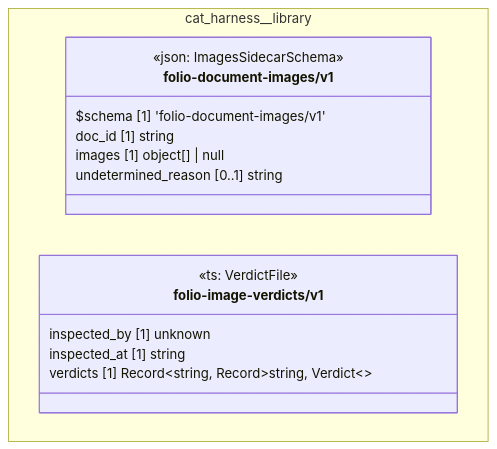
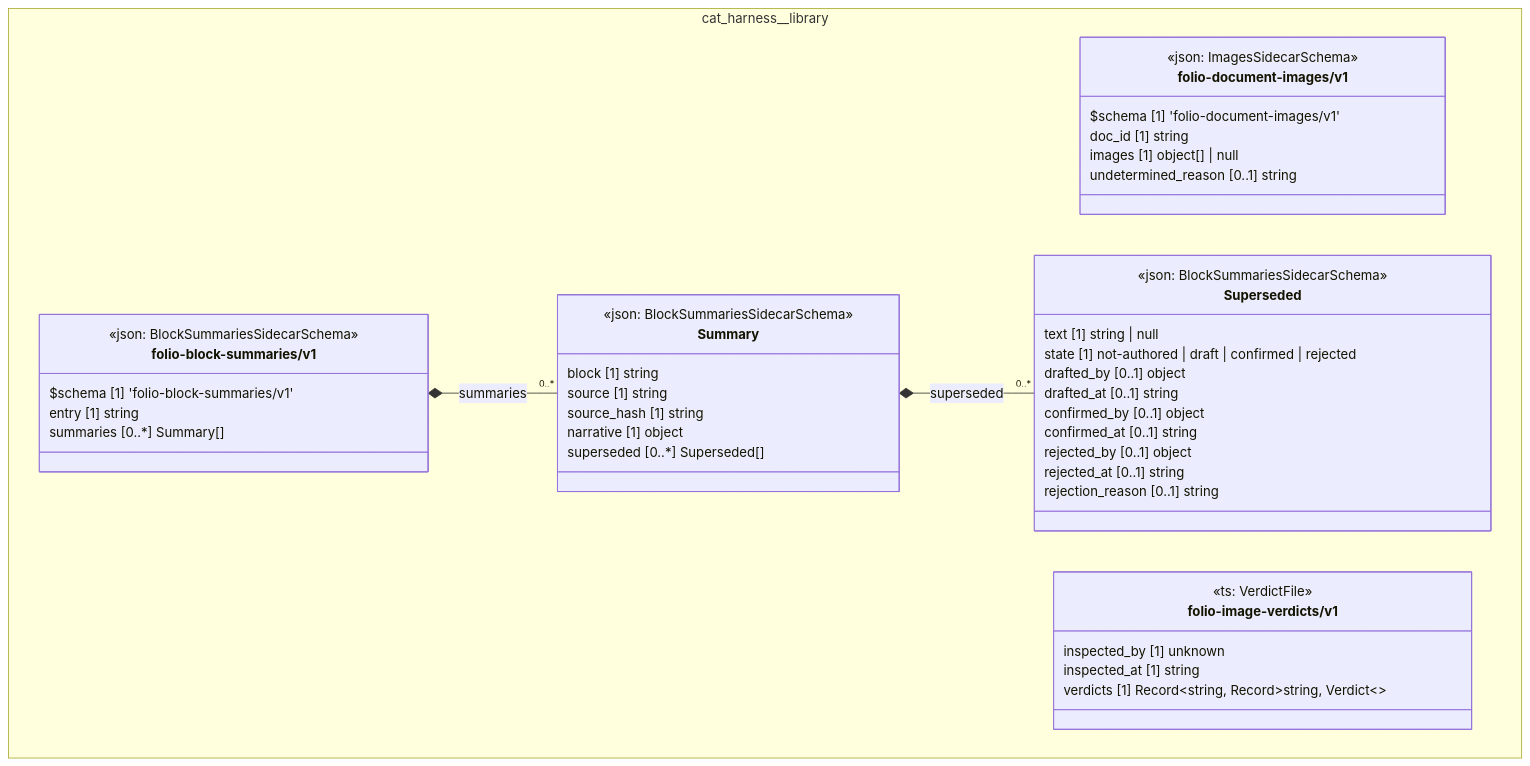
The diagram in cat-harness/docs/uml/overview/cat-harness/library.md (litlfred/folio-assistant), drawn with Mermaid before and after one commit. The commit also changed other lines of this file and 133 other files, not shown here.

````diff
--- a/cat-harness/docs/uml/overview/cat-harness/library.md
+++ b/cat-harness/docs/uml/overview/cat-harness/library.md
@@ -41,21 +41,52 @@
 ```mermaid
 classDiagram
   direction TB
   namespace cat_harness__library {
     class cat_harness_library_folio_document_images_v1_folio_document_images_v1["folio-document-images/v1"] {
       <<json: ImagesSidecarSchema>>
       $schema [1] 'folio-document-images/v1'
       doc_id [1] string
       images [1] object[] | null
       undetermined_reason [0..1] string
     }
     class cat_harness_library_folio_image_verdicts_v1["folio-image-verdicts/v1"] {
       <<ts: VerdictFile>>
       inspected_by [1] unknown
       inspected_at [1] string
       verdicts [1] Record~string, Record~string, Verdict~~
     }
+    class cat_harness_library_folio_block_summaries_v1_Superseded["Superseded"] {
+      <<json: BlockSummariesSidecarSchema>>
+      text [1] string | null
+      state [1] not-authored | draft | confirmed | rejected
+      drafted_by [0..1] object
+      drafted_at [0..1] string
+      confirmed_by [0..1] object
+      confirmed_at [0..1] string
+      rejected_by [0..1] object
+      rejected_at [0..1] string
+      rejection_reason [0..1] string
+    }
+    class cat_harness_library_folio_block_summaries_v1_Summary["Summary"] {
+      <<json: BlockSummariesSidecarSchema>>
+      block [1] string
+      source [1] string
+      source_hash [1] string
+      narrative [1] object
+      superseded [0..*] Superseded[]
+    }
+    class cat_harness_library_folio_block_summaries_v1_folio_block_summaries_v1["folio-block-summaries/v1"] {
+      <<json: BlockSummariesSidecarSchema>>
+      $schema [1] 'folio-block-summaries/v1'
+      entry [1] string
+      summaries [0..*] Summary[]
+    }
   }
+  cat_harness_library_folio_block_summaries_v1_Summary *-- "0..*" cat_harness_library_folio_block_summaries_v1_Superseded : superseded
+  cat_harness_library_folio_block_summaries_v1_folio_block_summaries_v1 *-- "0..*" cat_harness_library_folio_block_summaries_v1_Summary : summaries
   cssClass "cat_harness_library_folio_document_images_v1_folio_document_images_v1" fa_uml_kind_library
   cssClass "cat_harness_library_folio_image_verdicts_v1" fa_uml_kind_library
+  cssClass "cat_harness_library_folio_block_summaries_v1_Superseded" fa_uml_kind_library
+  cssClass "cat_harness_library_folio_block_summaries_v1_Summary" fa_uml_kind_library
+  cssClass "cat_harness_library_folio_block_summaries_v1_folio_block_summaries_v1" fa_uml_kind_library
 ```
````
